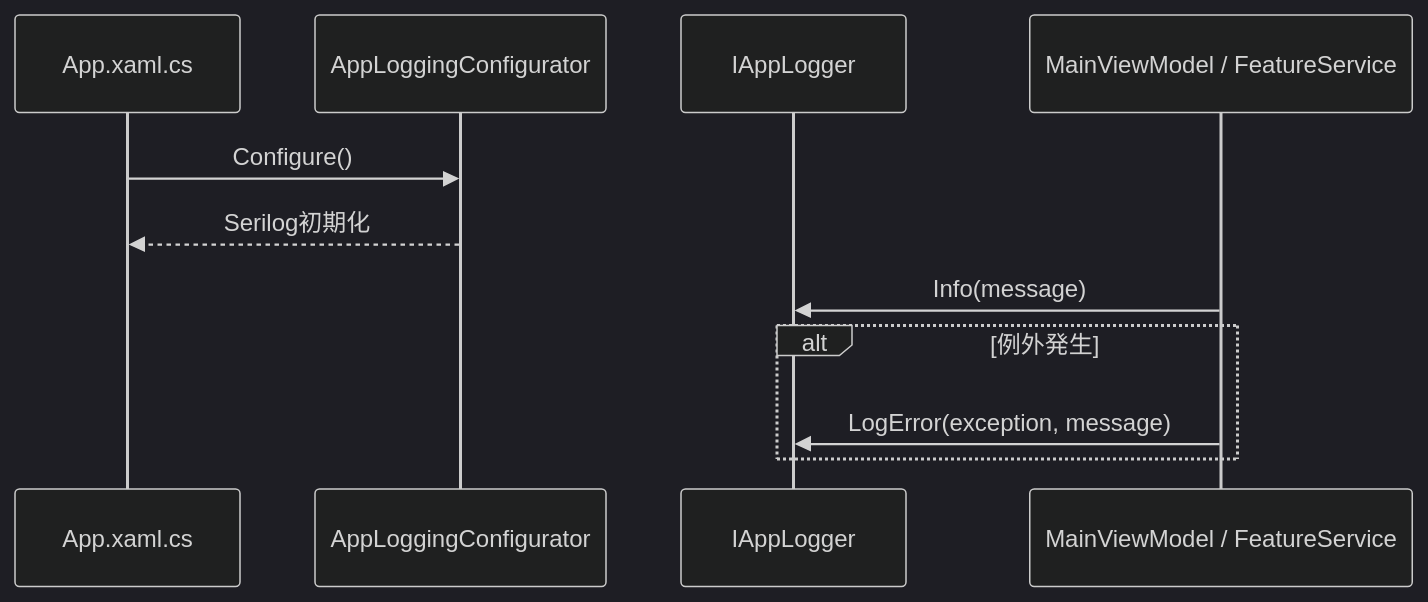
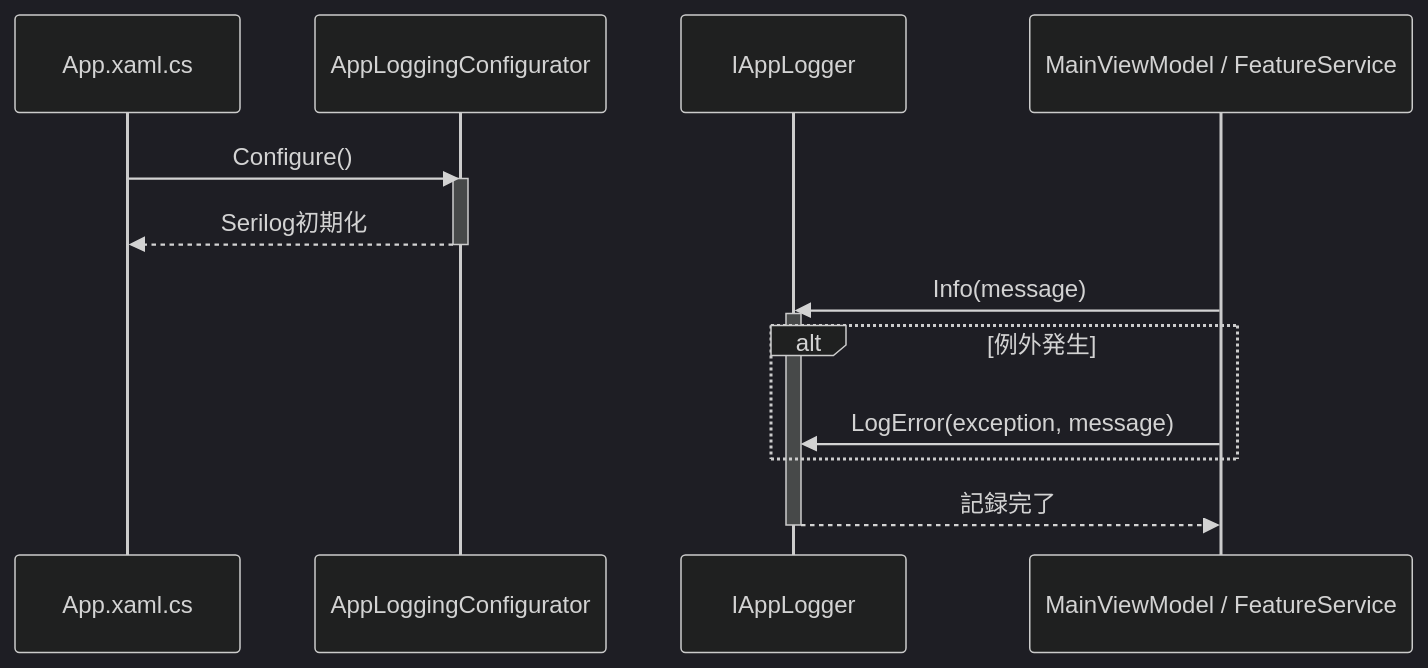
Before and after one commit to yankee2023/market_monitor: diagram 22 of 29 in docs/DESIGN.md, drawn with Mermaid (dark theme). The commit also changed other lines of this file and 9 other files, not shown here.

````diff
--- a/docs/DESIGN.md
+++ b/docs/DESIGN.md
@@ -818,14 +1056,19 @@
 ```mermaid
 sequenceDiagram
     participant App as App.xaml.cs
     participant Config as AppLoggingConfigurator
     participant Logger as IAppLogger
     participant Feature as MainViewModel / FeatureService
 
     App->>Config: Configure()
+    activate Config
     Config-->>App: Serilog初期化
+    deactivate Config
     Feature->>Logger: Info(message)
+    activate Logger
     alt 例外発生
         Feature->>Logger: LogError(exception, message)
     end
+    Logger-->>Feature: 記録完了
+    deactivate Logger
 ```
````
